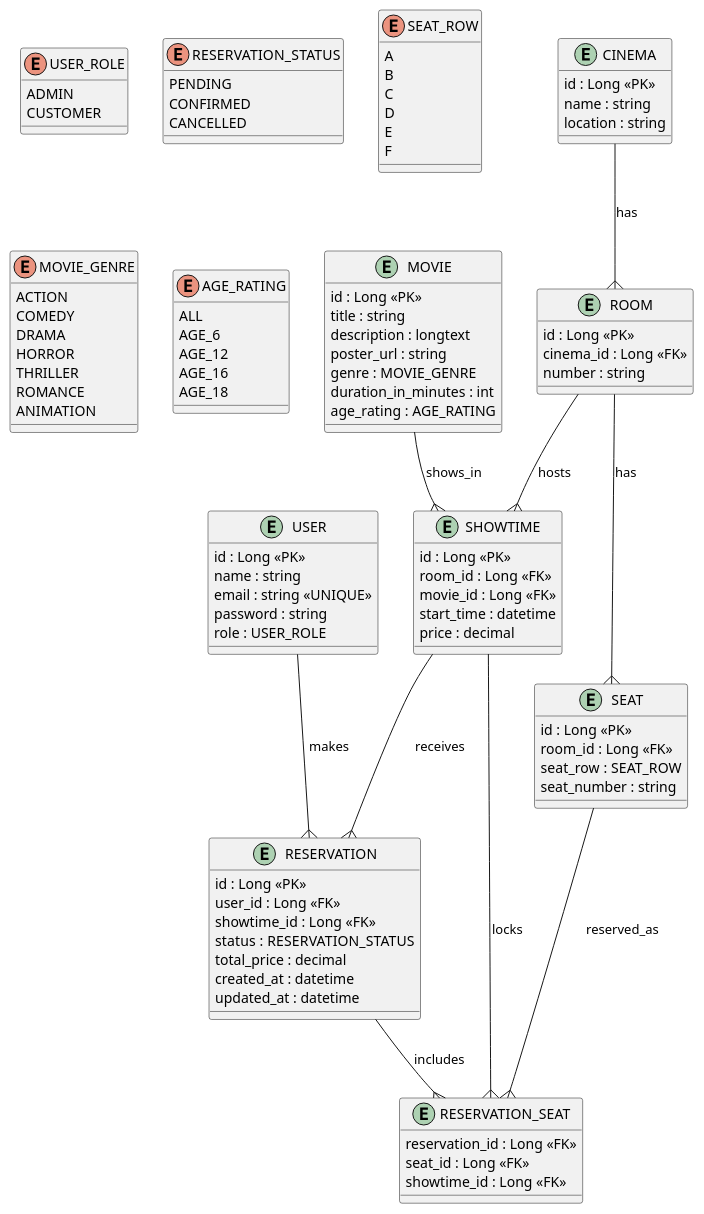
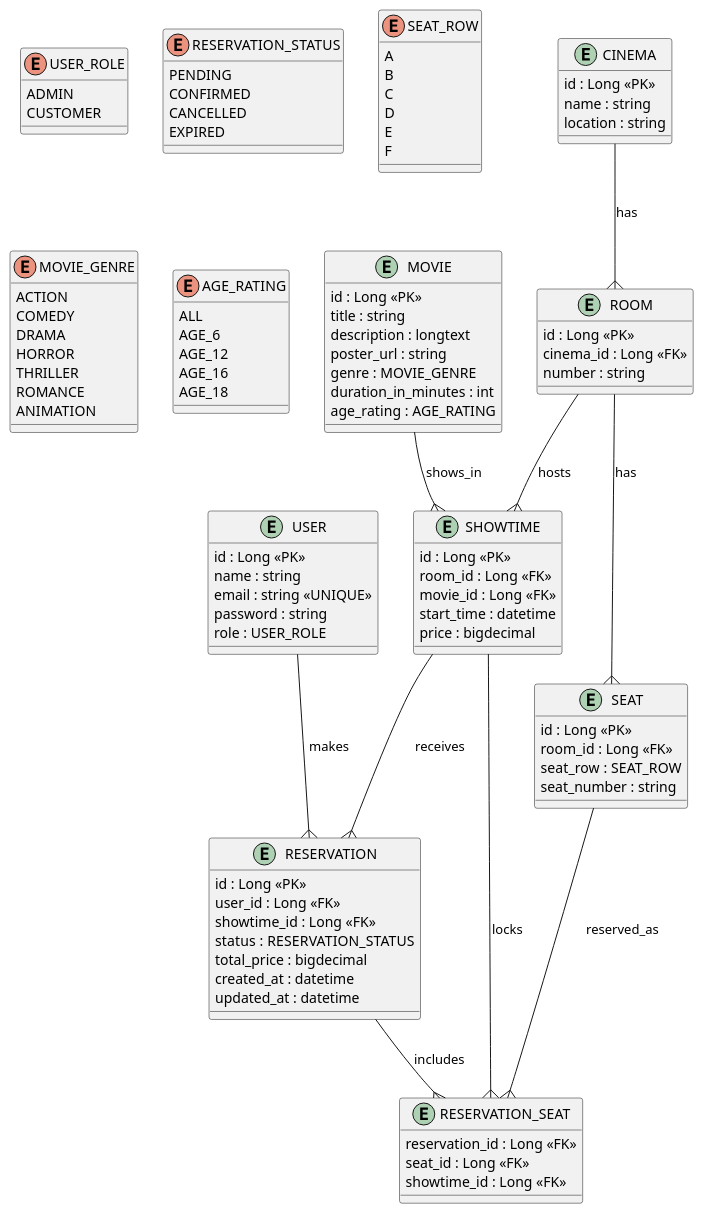
The diagram in docs/class-diagram..puml (hugobumba/cinema-system), drawn with PlantUML before and after one commit.

Commit message:
feat: type changes

```diff
--- a/docs/class-diagram..puml
+++ b/docs/class-diagram..puml
@@ -1,116 +1,117 @@
 @startuml
 
 enum USER_ROLE {
     ADMIN
     CUSTOMER
 }
 
 enum RESERVATION_STATUS {
     PENDING
     CONFIRMED
     CANCELLED
+    EXPIRED
 }
 
 enum SEAT_ROW {
     A
     B
     C
     D
     E
     F
 }
 
 enum MOVIE_GENRE {
     ACTION
     COMEDY
     DRAMA
     HORROR
     THRILLER
     ROMANCE
     ANIMATION
 }
 
 enum AGE_RATING {
     ALL
     AGE_6
     AGE_12
     AGE_16
     AGE_18
 }
 
 
 
 entity USER {
     id : Long <<PK>>
     name : string
     email : string <<UNIQUE>>
     password : string
     role : USER_ROLE
 }
 
 entity CINEMA {
     id : Long <<PK>>
     name : string
     location : string
 }
 
 entity ROOM {
     id : Long <<PK>>
     cinema_id : Long <<FK>>
     number : string
 }
 
 entity SEAT {
     id : Long <<PK>>
     room_id : Long <<FK>>
     seat_row : SEAT_ROW
     seat_number : string
 }
 
 entity MOVIE {
     id : Long <<PK>>
     title : string
     description : longtext
     poster_url : string
     genre : MOVIE_GENRE
     duration_in_minutes : int
     age_rating : AGE_RATING
 }
 
 entity SHOWTIME {
     id : Long <<PK>>
     room_id : Long <<FK>>
     movie_id : Long <<FK>>
     start_time : datetime
-    price : decimal
+    price : bigdecimal
 }
 
 entity RESERVATION {
     id : Long <<PK>>
     user_id : Long <<FK>>
     showtime_id : Long <<FK>>
     status : RESERVATION_STATUS
-    total_price : decimal
+    total_price : bigdecimal
     created_at : datetime
     updated_at : datetime
 }
 
 entity RESERVATION_SEAT {
     reservation_id : Long <<FK>>
     seat_id : Long <<FK>>
     showtime_id : Long <<FK>>
 }
 
 
 
 USER --{ RESERVATION : makes
 CINEMA --{ ROOM : has
 ROOM --{ SEAT : has
 ROOM --{ SHOWTIME : hosts
 MOVIE --{ SHOWTIME : shows_in
 SHOWTIME --{ RESERVATION : receives
 RESERVATION --{ RESERVATION_SEAT : includes
 SEAT --{ RESERVATION_SEAT : reserved_as
 SHOWTIME --{ RESERVATION_SEAT : locks
 
 @enduml
```
